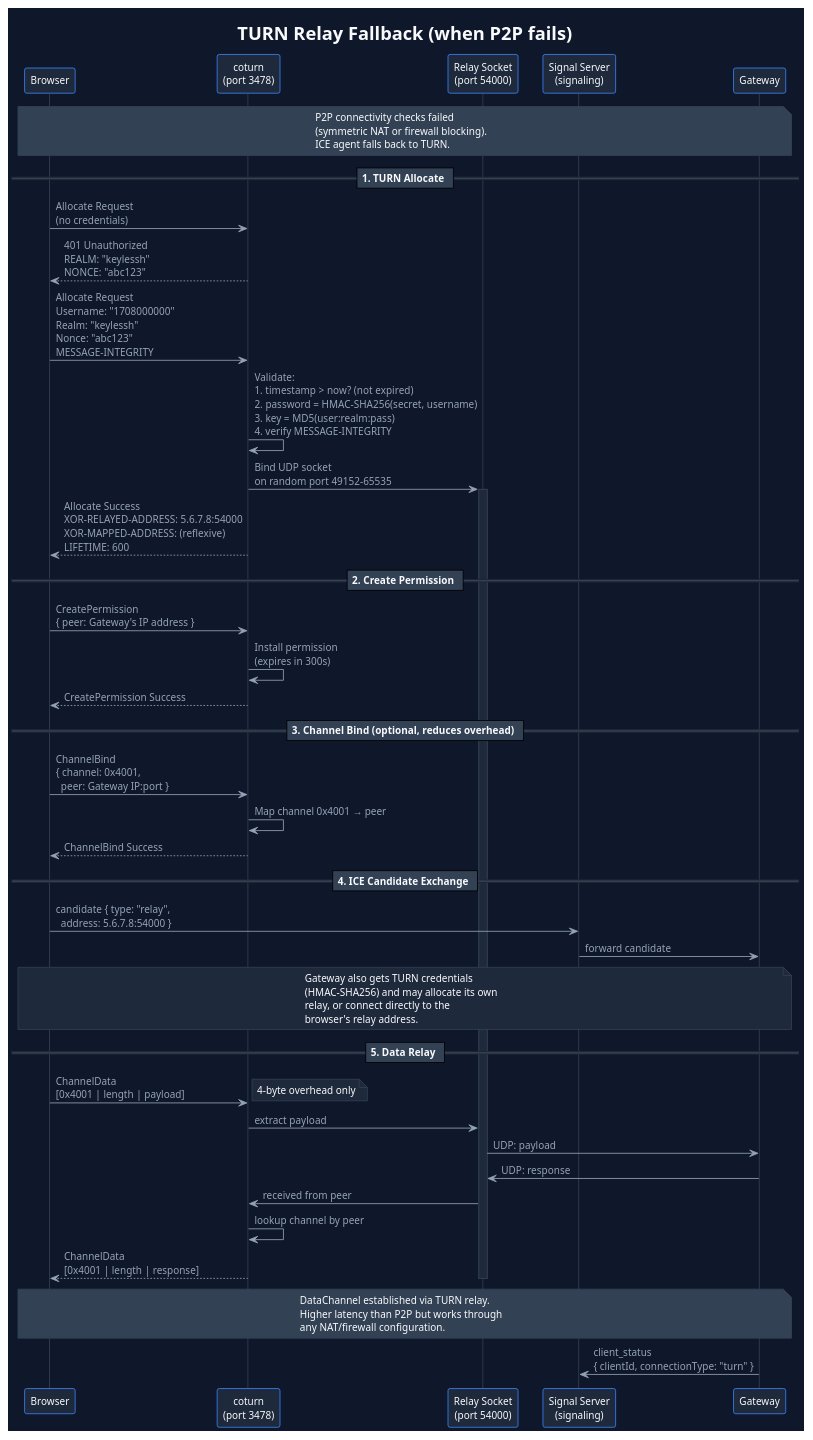
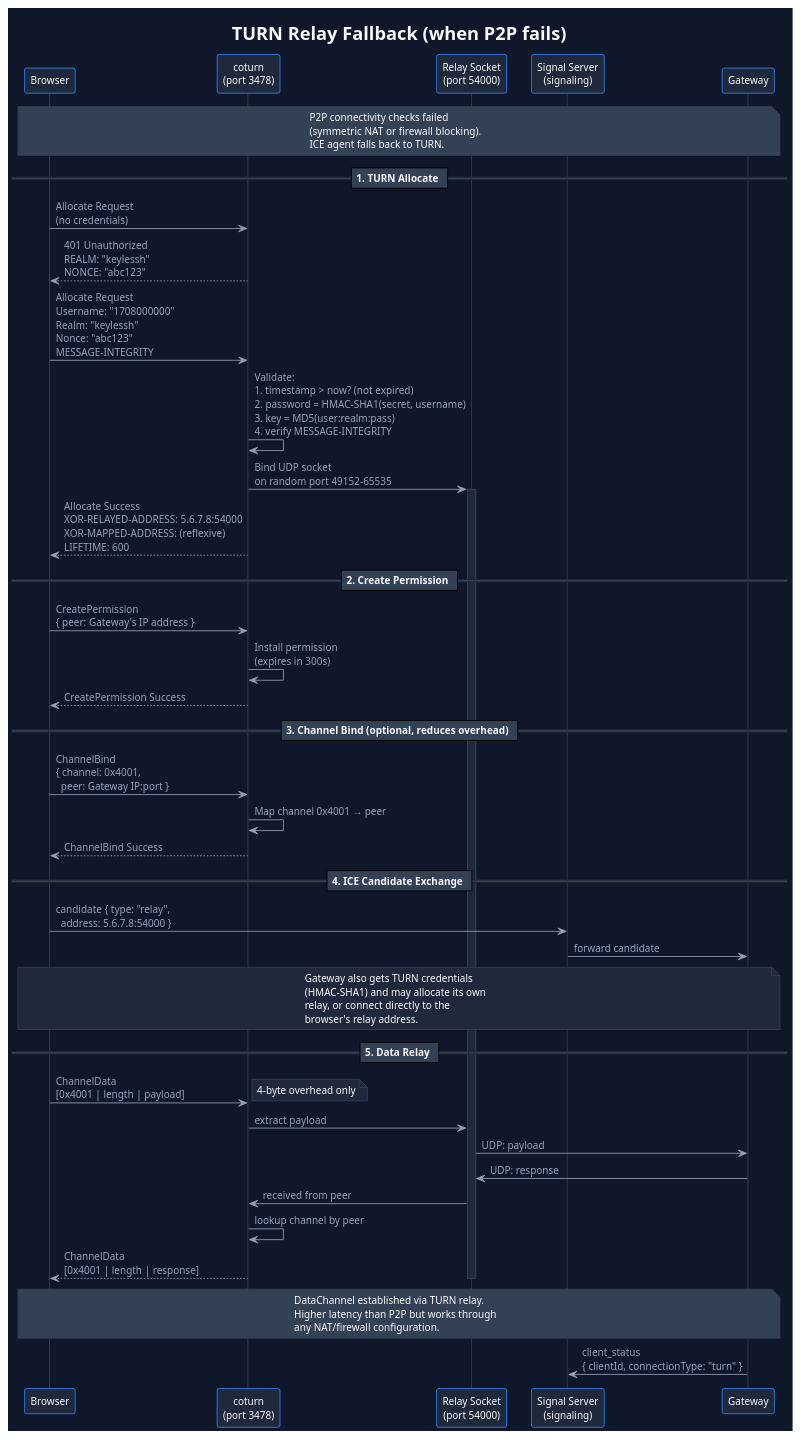
The diagram in bridges/punchd-bridge/docs/diagrams/06-turn-fallback.puml (tide-foundation/keylessh-m2), drawn with PlantUML before and after one commit. The commit also changed 8 other files, not shown here.

```diff
--- a/bridges/punchd-bridge/docs/diagrams/06-turn-fallback.puml
+++ b/bridges/punchd-bridge/docs/diagrams/06-turn-fallback.puml
@@ -1,100 +1,100 @@
 @startuml turn-fallback
 !theme plain
 title TURN Relay Fallback (when P2P fails)
 
 skinparam {
   backgroundColor #0f172a
   defaultFontColor #f8fafc
   defaultFontName "Segoe UI"
   defaultFontSize 12
   SequenceLifeLineBorderColor #334155
   SequenceLifeLineBackgroundColor #1e293b
   ParticipantBackgroundColor #1e293b
   ParticipantBorderColor #3b82f6
   ParticipantFontColor #f8fafc
   ArrowColor #94a3b8
   ArrowFontColor #94a3b8
   NoteBackgroundColor #1e293b
   NoteBorderColor #334155
   NoteFontColor #f8fafc
   SequenceGroupBackgroundColor #1e293b
   SequenceGroupBorderColor #334155
   SequenceDividerBackgroundColor #334155
   SequenceDividerFontColor #f8fafc
 }
 
 participant "Browser" as browser #1e293b
 participant "coturn\n(port 3478)" as stun #1e293b
 participant "Relay Socket\n(port 54000)" as relay #1e293b
 participant "Signal Server\n(signaling)" as sig #1e293b
 participant "Gateway" as gw #1e293b
 
 note over browser, gw #334155
   P2P connectivity checks failed
   (symmetric NAT or firewall blocking).
   ICE agent falls back to TURN.
 end note
 
 == 1. TURN Allocate ==
 
 browser -> stun : Allocate Request\n(no credentials)
 
 stun --> browser : 401 Unauthorized\nREALM: "keylessh"\nNONCE: "abc123"
 
 browser -> stun : Allocate Request\nUsername: "1708000000"\nRealm: "keylessh"\nNonce: "abc123"\nMESSAGE-INTEGRITY
 
-stun -> stun : Validate:\n1. timestamp > now? (not expired)\n2. password = HMAC-SHA256(secret, username)\n3. key = MD5(user:realm:pass)\n4. verify MESSAGE-INTEGRITY
+stun -> stun : Validate:\n1. timestamp > now? (not expired)\n2. password = HMAC-SHA1(secret, username)\n3. key = MD5(user:realm:pass)\n4. verify MESSAGE-INTEGRITY
 
 stun -> relay : Bind UDP socket\non random port 49152-65535
 activate relay
 
 stun --> browser : Allocate Success\nXOR-RELAYED-ADDRESS: 5.6.7.8:54000\nXOR-MAPPED-ADDRESS: (reflexive)\nLIFETIME: 600
 
 == 2. Create Permission ==
 
 browser -> stun : CreatePermission\n{ peer: Gateway's IP address }
 stun -> stun : Install permission\n(expires in 300s)
 stun --> browser : CreatePermission Success
 
 == 3. Channel Bind (optional, reduces overhead) ==
 
 browser -> stun : ChannelBind\n{ channel: 0x4001,\n  peer: Gateway IP:port }
 stun -> stun : Map channel 0x4001 → peer
 stun --> browser : ChannelBind Success
 
 == 4. ICE Candidate Exchange ==
 
 browser -> sig : candidate { type: "relay",\n  address: 5.6.7.8:54000 }
 sig -> gw : forward candidate
 
 note over browser, gw
   Gateway also gets TURN credentials
-  (HMAC-SHA256) and may allocate its own
+  (HMAC-SHA1) and may allocate its own
   relay, or connect directly to the
   browser's relay address.
 end note
 
 == 5. Data Relay ==
 
 browser -> stun : ChannelData\n[0x4001 | length | payload]
 note right: 4-byte overhead only
 
 stun -> relay : extract payload
 relay -> gw : UDP: payload
 
 gw -> relay : UDP: response
 relay -> stun : received from peer
 stun -> stun : lookup channel by peer
 stun --> browser : ChannelData\n[0x4001 | length | response]
 
 deactivate relay
 
 note over browser, gw #334155
   DataChannel established via TURN relay.
   Higher latency than P2P but works through
   any NAT/firewall configuration.
 end note
 
 gw -> sig : client_status\n{ clientId, connectionType: "turn" }
 
 @enduml
```
